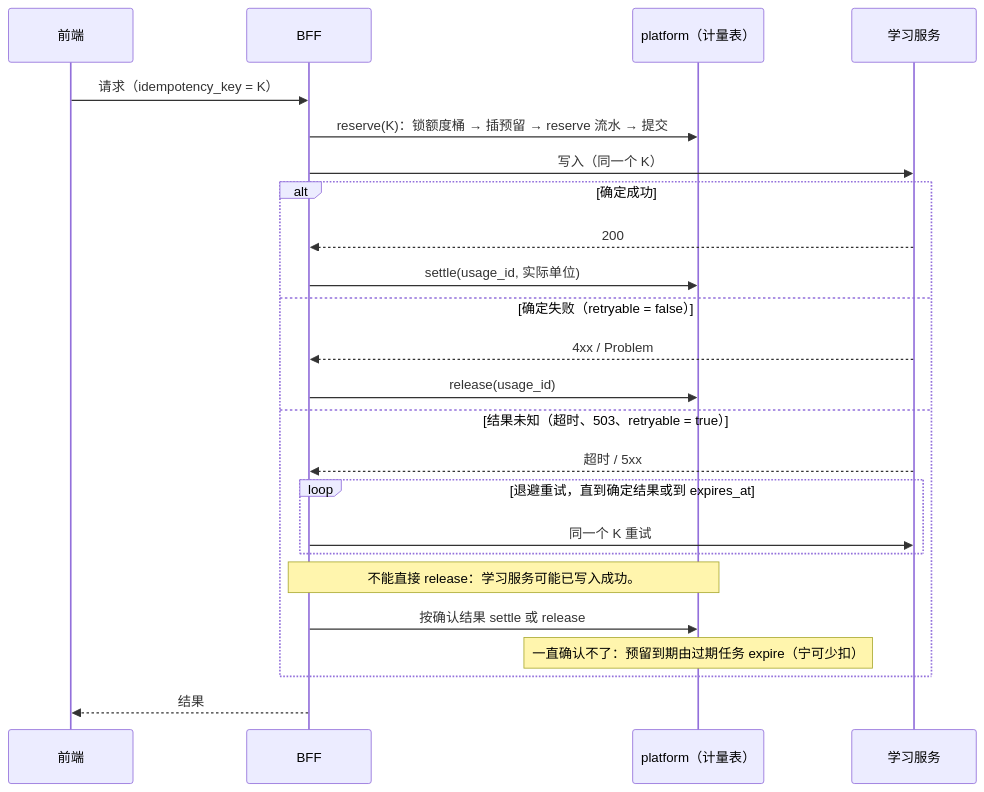
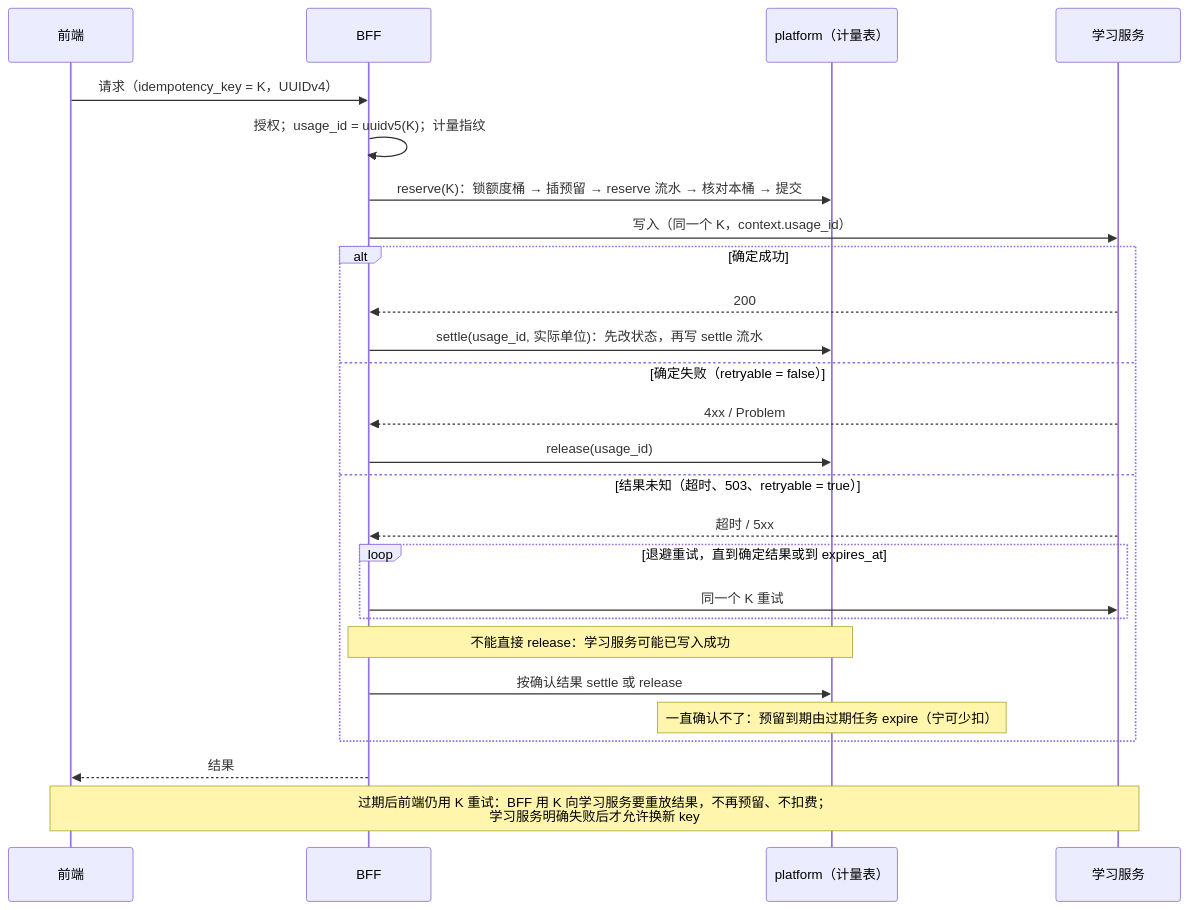
One commit to zeemen/starbuddy changed the third of 3 diagrams in docs/design/metering-schema.md. Above: the diagram before and after it, drawn with Mermaid. The commit also changed other lines of this file and 7 other files, not shown here.

````diff
--- a/docs/design/metering-schema.md
+++ b/docs/design/metering-schema.md
@@ -153,26 +212,28 @@
 ```mermaid
 sequenceDiagram
   participant C as 前端
   participant B as BFF
   participant DB as platform（计量表）
   participant L as 学习服务
-  C->>B: 请求（idempotency_key = K）
-  B->>DB: reserve(K)：锁额度桶 → 插预留 → reserve 流水 → 提交
-  B->>L: 写入（同一个 K）
+  C->>B: 请求（idempotency_key = K，UUIDv4）
+  B->>B: 授权；usage_id = uuidv5(K)；计量指纹
+  B->>DB: reserve(K)：锁额度桶 → 插预留 → reserve 流水 → 核对本桶 → 提交
+  B->>L: 写入（同一个 K，context.usage_id）
   alt 确定成功
     L-->>B: 200
-    B->>DB: settle(usage_id, 实际单位)
+    B->>DB: settle(usage_id, 实际单位)：先改状态，再写 settle 流水
   else 确定失败（retryable = false）
     L-->>B: 4xx / Problem
     B->>DB: release(usage_id)
   else 结果未知（超时、503、retryable = true）
     L-->>B: 超时 / 5xx
     loop 退避重试，直到确定结果或到 expires_at
       B->>L: 同一个 K 重试
     end
-    Note over B,DB: 不能直接 release：学习服务可能已写入成功。
+    Note over B,DB: 不能直接 release：学习服务可能已写入成功
     B->>DB: 按确认结果 settle 或 release
     Note over DB: 一直确认不了：预留到期由过期任务 expire（宁可少扣）
   end
   B-->>C: 结果
+  Note over C,L: 过期后前端仍用 K 重试：BFF 用 K 向学习服务要重放结果，不再预留、不扣费；<br/>学习服务明确失败后才允许换新 key
 ```
````
